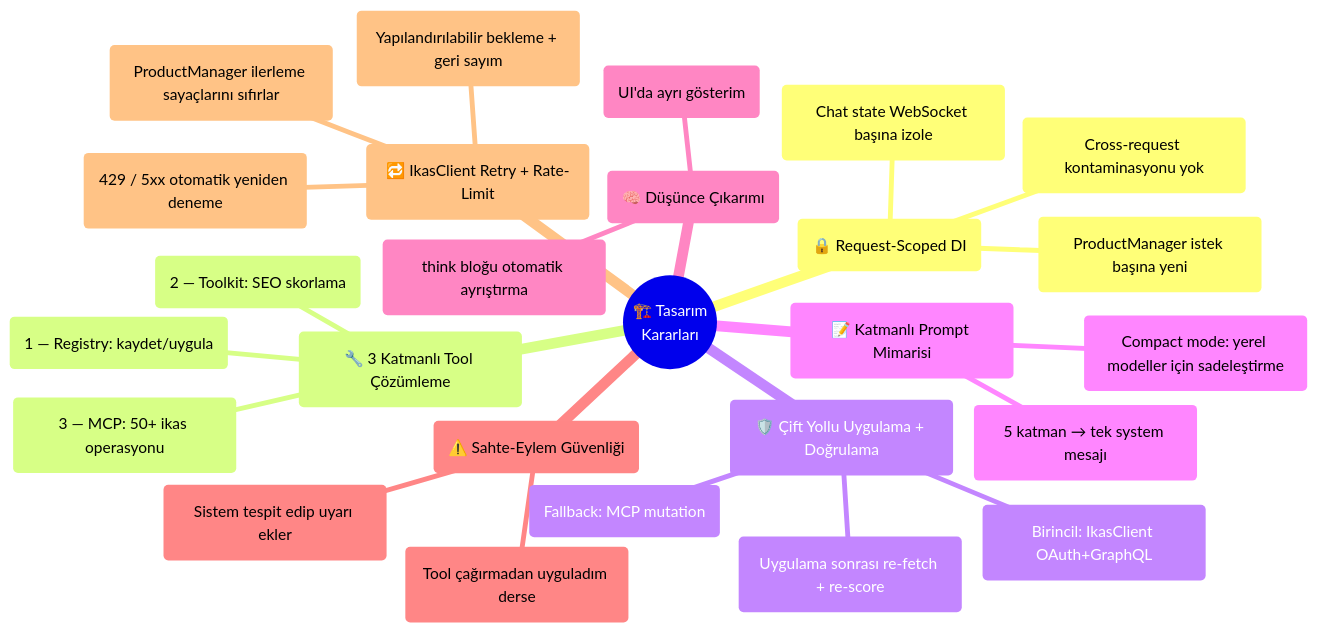
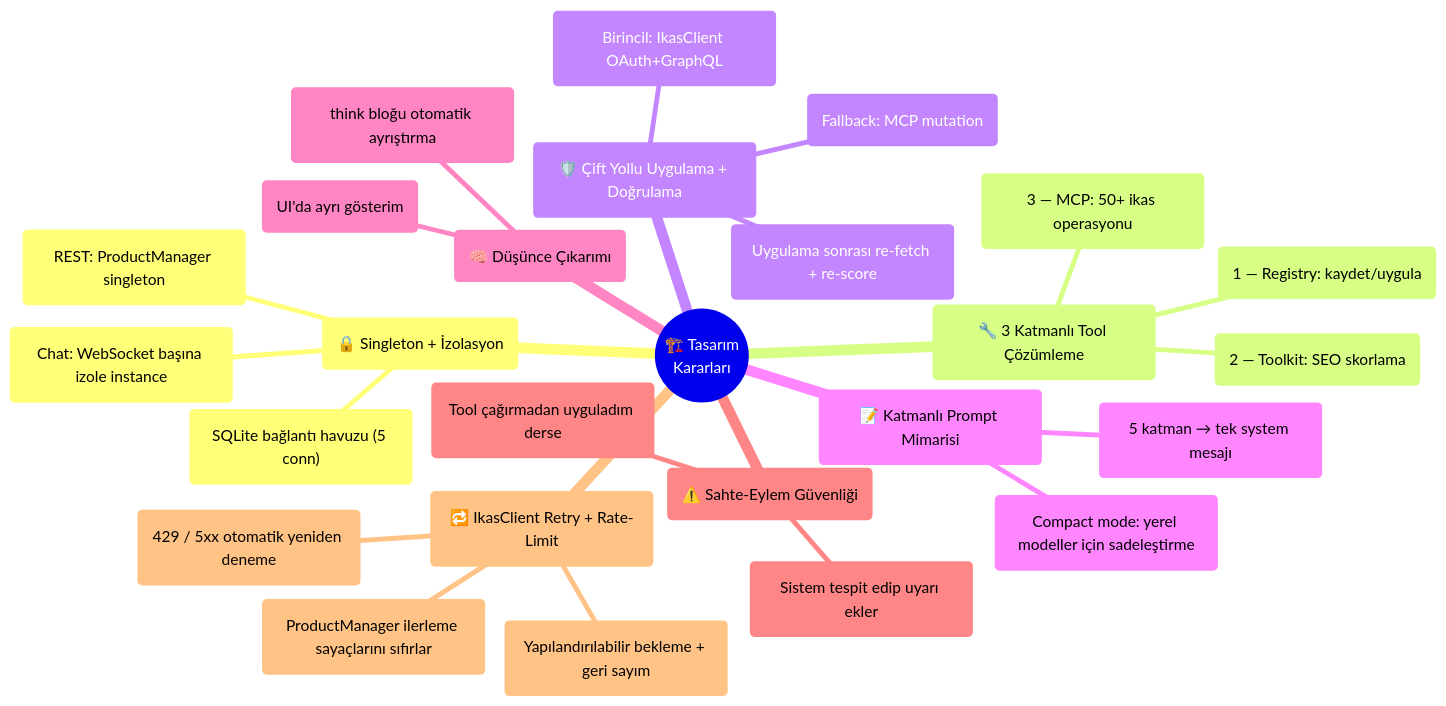
Diagram 13 of 19 in README.md (YigitKa/ikas-ai-seo-agent), drawn with Mermaid before and after one commit. The commit also changed other lines of this file and 5 other files, not shown here.

Commit message:
feat: update ProductManager to singleton for REST and per-connection for WebSocket; enhance database connection pooling and batch query capabilities

````diff
--- a/README.md
+++ b/README.md
@@ -477,29 +477,29 @@
 ```mermaid
 mindmap
   root(("🏗️ Tasarım<br/>Kararları"))
-    ("🔒 Request-Scoped DI")
-      ("ProductManager istek başına yeni")
-      ("Chat state WebSocket başına izole")
-      ("Cross-request kontaminasyonu yok")
+    ("🔒 Singleton + İzolasyon")
+      ("REST: ProductManager singleton")
+      ("Chat: WebSocket başına izole instance")
+      ("SQLite bağlantı havuzu (5 conn)")
     ("🔧 3 Katmanlı Tool Çözümleme")
       ("1 — Registry: kaydet/uygula")
       ("2 — Toolkit: SEO skorlama")
       ("3 — MCP: 50+ ikas operasyonu")
     ("🛡️ Çift Yollu Uygulama + Doğrulama")
       ("Birincil: IkasClient OAuth+GraphQL")
       ("Fallback: MCP mutation")
       ("Uygulama sonrası re-fetch + re-score")
     ("📝 Katmanlı Prompt Mimarisi")
       ("5 katman → tek system mesajı")
       ("Compact mode: yerel modeller için sadeleştirme")
     ("🧠 Düşünce Çıkarımı")
       ("think bloğu otomatik ayrıştırma")
       ("UI'da ayrı gösterim")
     ("⚠️ Sahte-Eylem Güvenliği")
       ("Tool çağırmadan uyguladım derse")
       ("Sistem tespit edip uyarı ekler")
     ("🔁 IkasClient Retry + Rate-Limit")
       ("429 / 5xx otomatik yeniden deneme")
       ("Yapılandırılabilir bekleme + geri sayım")
       ("ProductManager ilerleme sayaçlarını sıfırlar")
 ```
````
